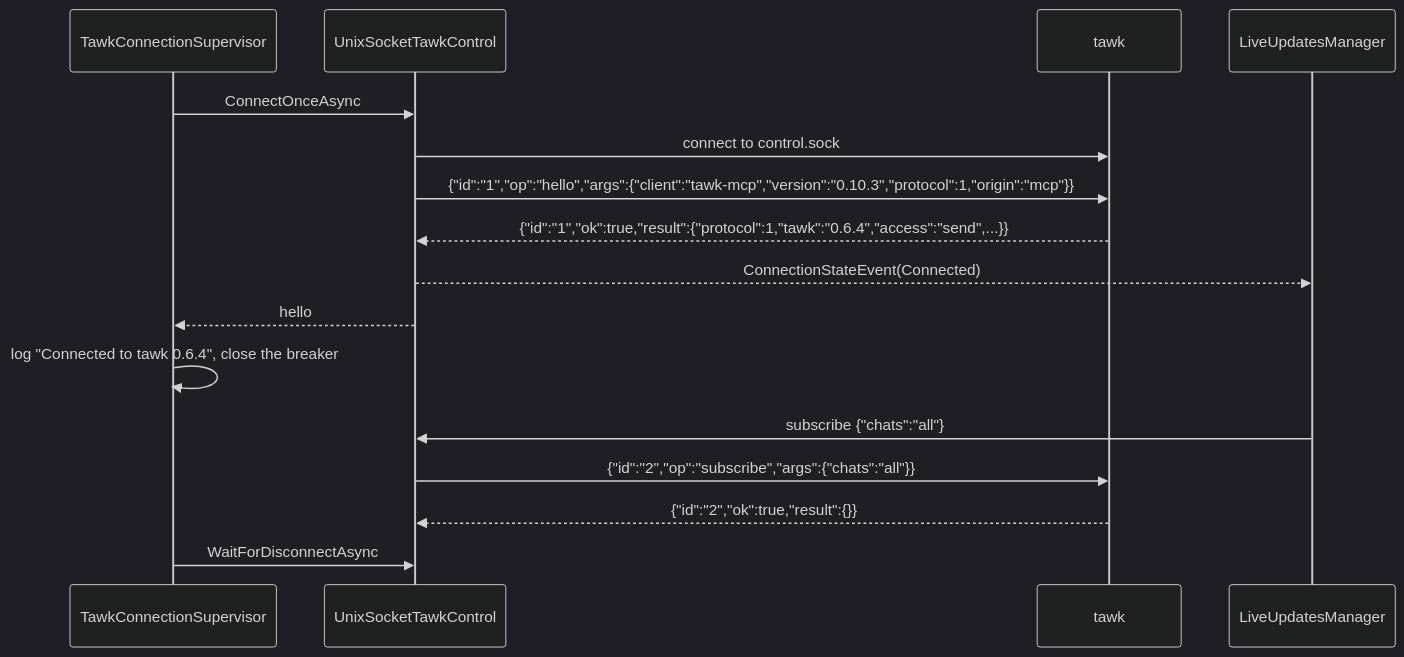
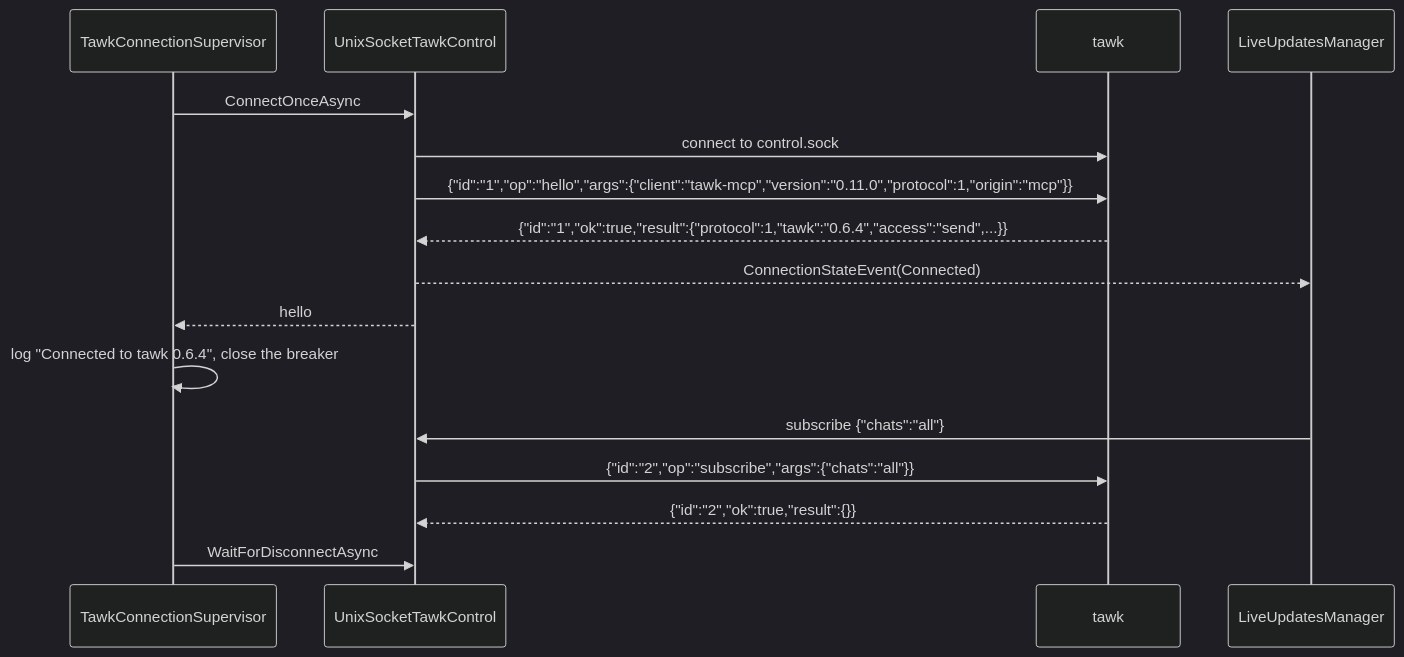
The first of 14 diagrams in HOW_IT_WORKS.md (loganventer/Corvus.Mcp.Server.Tawk), drawn with Mermaid (dark theme) before and after one commit. The commit also changed 14 other files, not shown here.

````diff
--- a/HOW_IT_WORKS.md
+++ b/HOW_IT_WORKS.md
@@ -31,19 +31,19 @@
 ```mermaid
 sequenceDiagram
     participant S as TawkConnectionSupervisor
     participant C as UnixSocketTawkControl
     participant T as tawk
     participant L as LiveUpdatesManager
 
     S->>C: ConnectOnceAsync
     C->>T: connect to control.sock
-    C->>T: {"id":"1","op":"hello","args":{"client":"tawk-mcp","version":"0.10.3","protocol":1,"origin":"mcp"}}
+    C->>T: {"id":"1","op":"hello","args":{"client":"tawk-mcp","version":"0.11.0","protocol":1,"origin":"mcp"}}
     T-->>C: {"id":"1","ok":true,"result":{"protocol":1,"tawk":"0.6.4","access":"send",...}}
     C-->>L: ConnectionStateEvent(Connected)
     C-->>S: hello
     S->>S: log "Connected to tawk 0.6.4", close the breaker
     L->>C: subscribe {"chats":"all"}
     C->>T: {"id":"2","op":"subscribe","args":{"chats":"all"}}
     T-->>C: {"id":"2","ok":true,"result":{}}
     S->>C: WaitForDisconnectAsync
 ```
````
